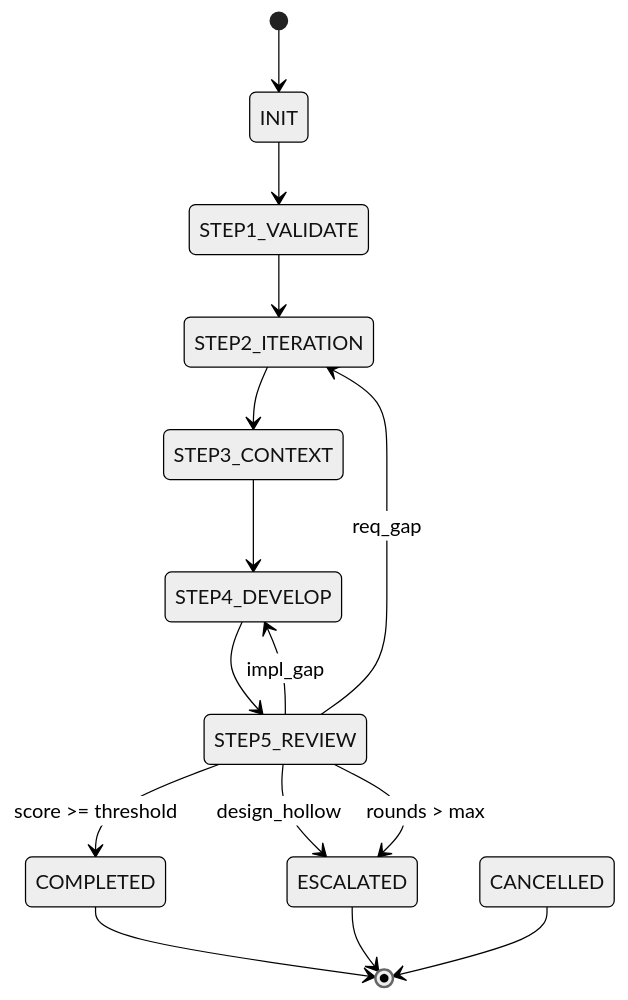
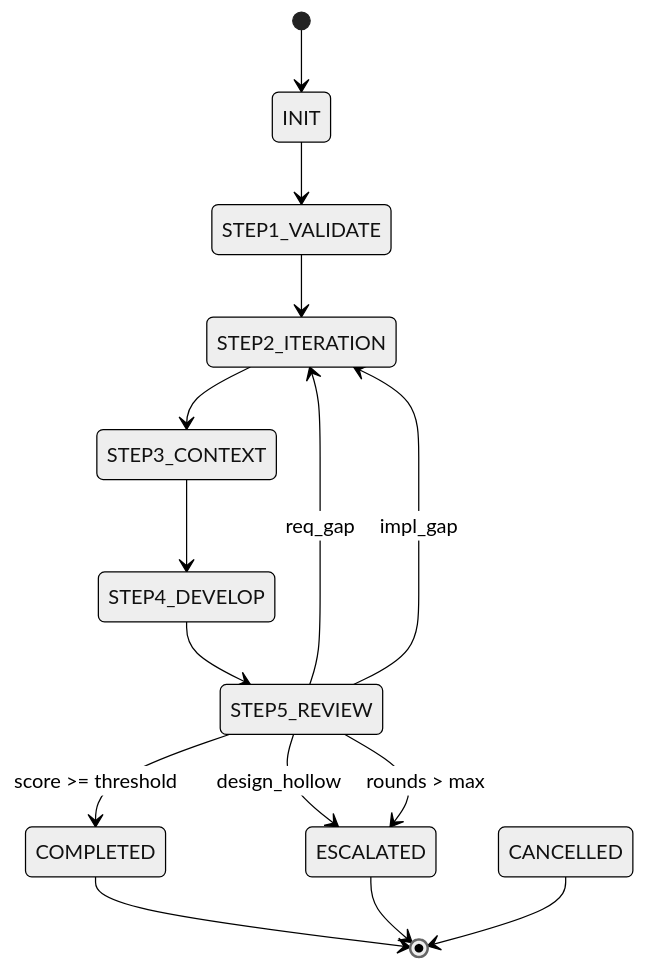
The fourth of 5 diagrams in README.md (vaxtomis/cooagents), drawn with Mermaid (neutral theme) before and after one commit. The commit also changed other lines of this file and 14 other files, not shown here.

````diff
--- a/README.md
+++ b/README.md
@@ -243,17 +234,17 @@
 ```mermaid
 stateDiagram-v2
   [*] --> INIT
   INIT --> STEP1_VALIDATE
   STEP1_VALIDATE --> STEP2_ITERATION
   STEP2_ITERATION --> STEP3_CONTEXT
   STEP3_CONTEXT --> STEP4_DEVELOP
   STEP4_DEVELOP --> STEP5_REVIEW
   STEP5_REVIEW --> COMPLETED: score >= threshold
   STEP5_REVIEW --> STEP2_ITERATION: req_gap
-  STEP5_REVIEW --> STEP4_DEVELOP: impl_gap
+  STEP5_REVIEW --> STEP2_ITERATION: impl_gap
   STEP5_REVIEW --> ESCALATED: design_hollow
   STEP5_REVIEW --> ESCALATED: rounds > max
   COMPLETED --> [*]
   ESCALATED --> [*]
   CANCELLED --> [*]
 ```
````
